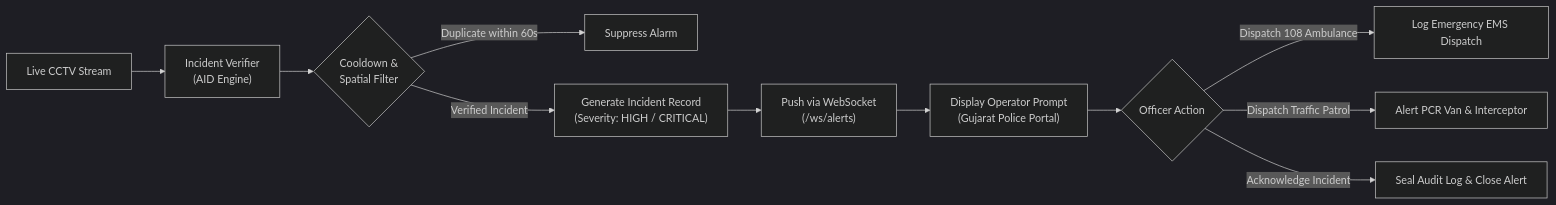
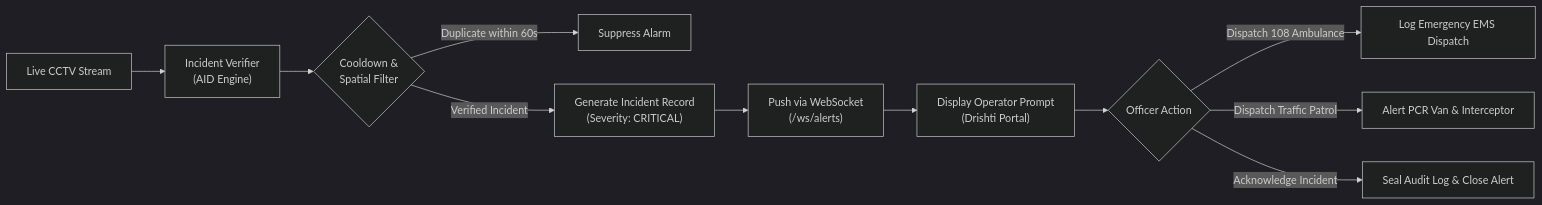
One commit to MazedOut/Sentinel_Gujarat_CCTV_Platform changed the third of 4 diagrams in README.md. Above: the diagram before and after it, drawn with Mermaid (dark theme). The commit also changed other lines of this file and 12 other files, not shown here.

````diff
--- a/README.md
+++ b/README.md
@@ -198,13 +284,13 @@
 ```mermaid
 flowchart LR
     CAM["Live CCTV Stream"] --> DETECT["Incident Verifier\n(AID Engine)"]
     DETECT --> RULE{"Cooldown &\nSpatial Filter"}
     RULE -->|Duplicate within 60s| DROP["Suppress Alarm"]
-    RULE -->|Verified Incident| EVT["Generate Incident Record\n(Severity: HIGH / CRITICAL)"]
+    RULE -->|Verified Incident| EVT["Generate Incident Record\n(Severity: CRITICAL)"]
     EVT --> BROADCAST["Push via WebSocket\n(/ws/alerts)"]
-    BROADCAST --> MODAL["Display Operator Prompt\n(Gujarat Police Portal)"]
+    BROADCAST --> MODAL["Display Operator Prompt\n(Drishti Portal)"]
     MODAL --> DISPATCH{"Officer Action"}
     DISPATCH -->|Dispatch 108 Ambulance| AMB["Log Emergency EMS Dispatch"]
     DISPATCH -->|Dispatch Traffic Patrol| PATROL["Alert PCR Van & Interceptor"]
     DISPATCH -->|Acknowledge Incident| ACK["Seal Audit Log & Close Alert"]
 ```
````
